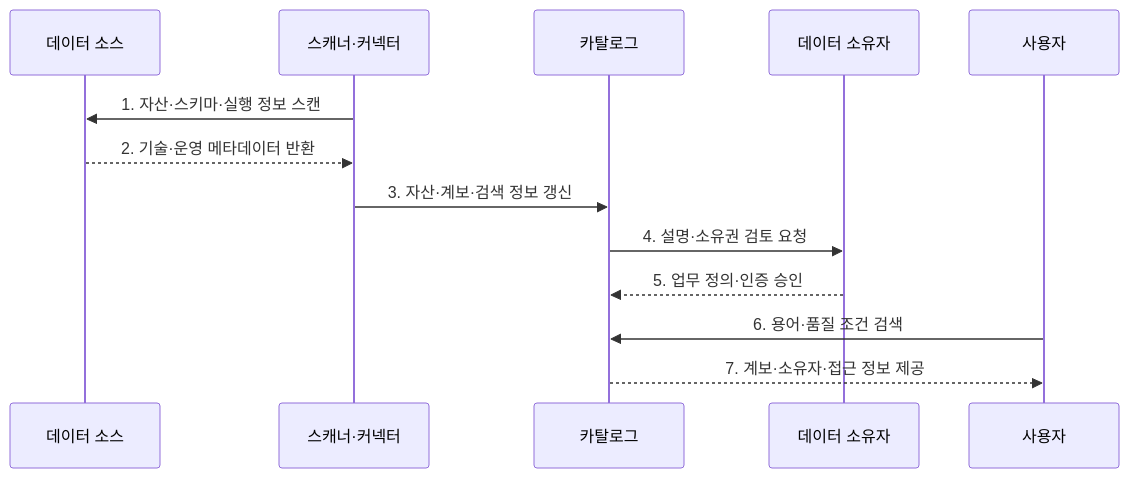
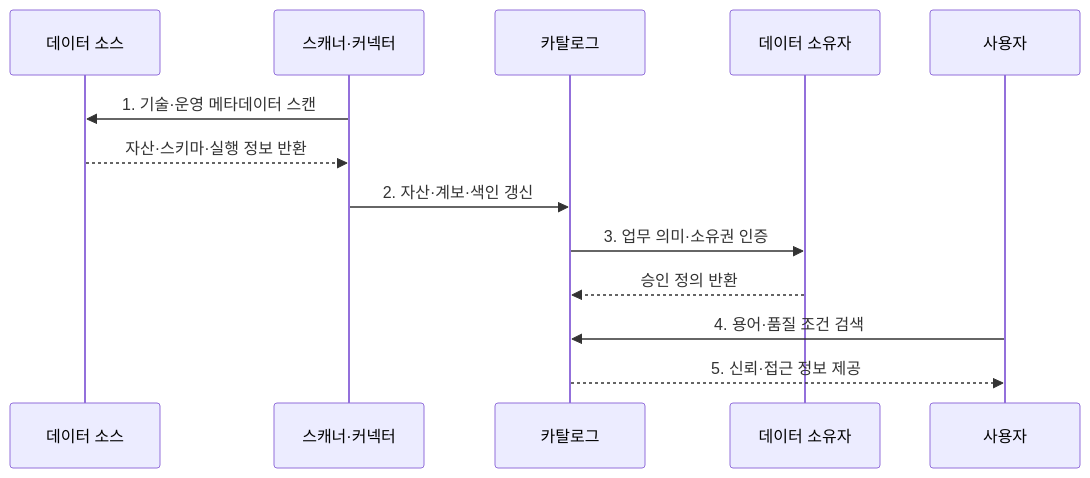
One commit to agnusdei1207/knowledge-base changed the second of 2 diagrams in src/content/docs/notes/03-software/133_data_catalog.md. Above: the diagram before and after it, drawn with Mermaid. The commit also changed other lines of this file and 238 other files, not shown here.

````diff
--- a/src/content/docs/notes/03-software/133_data_catalog.md
+++ b/src/content/docs/notes/03-software/133_data_catalog.md
@@ -81,15 +81,15 @@
 ```mermaid
 sequenceDiagram
     participant S as 데이터 소스
     participant C as 스캐너·커넥터
     participant M as 카탈로그
     participant O as 데이터 소유자
     participant U as 사용자
-    C->>S: 1. 자산·스키마·실행 정보 스캔
-    S-->>C: 2. 기술·운영 메타데이터 반환
-    C->>M: 3. 자산·계보·검색 정보 갱신
-    M->>O: 4. 설명·소유권 검토 요청
-    O-->>M: 5. 업무 정의·인증 승인
-    U->>M: 6. 용어·품질 조건 검색
-    M-->>U: 7. 계보·소유자·접근 정보 제공
+    C->>S: 1. 기술·운영 메타데이터 스캔
+    S-->>C: 자산·스키마·실행 정보 반환
+    C->>M: 2. 자산·계보·색인 갱신
+    M->>O: 3. 업무 의미·소유권 인증
+    O-->>M: 승인 정의 반환
+    U->>M: 4. 용어·품질 조건 검색
+    M-->>U: 5. 신뢰·접근 정보 제공
 ```
````
